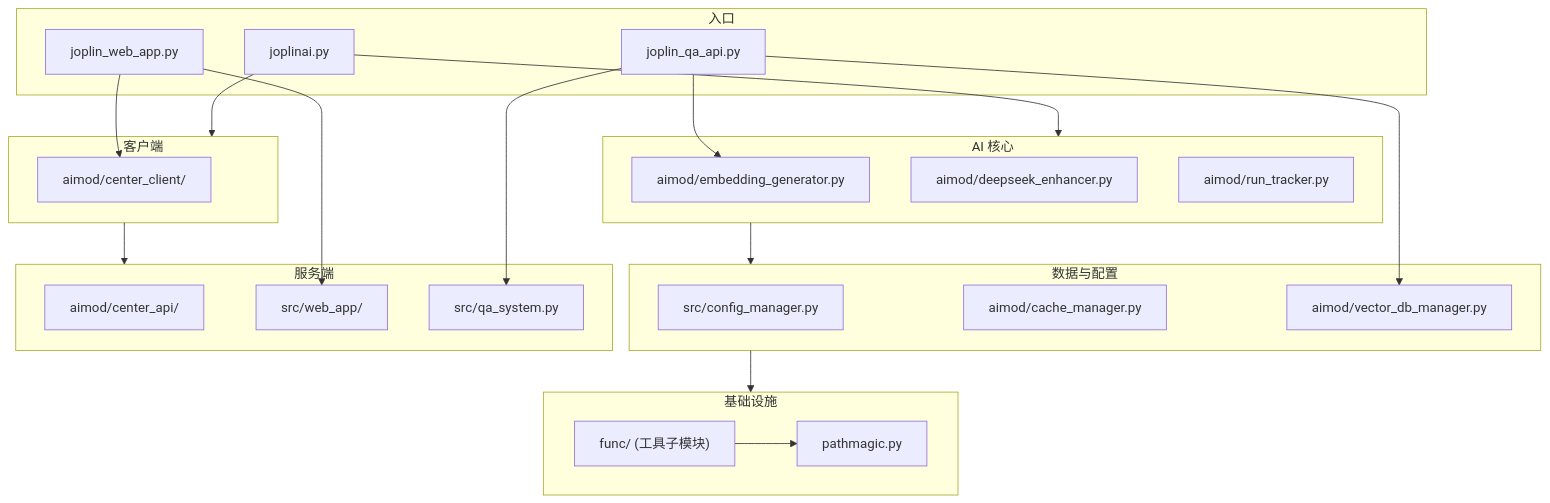
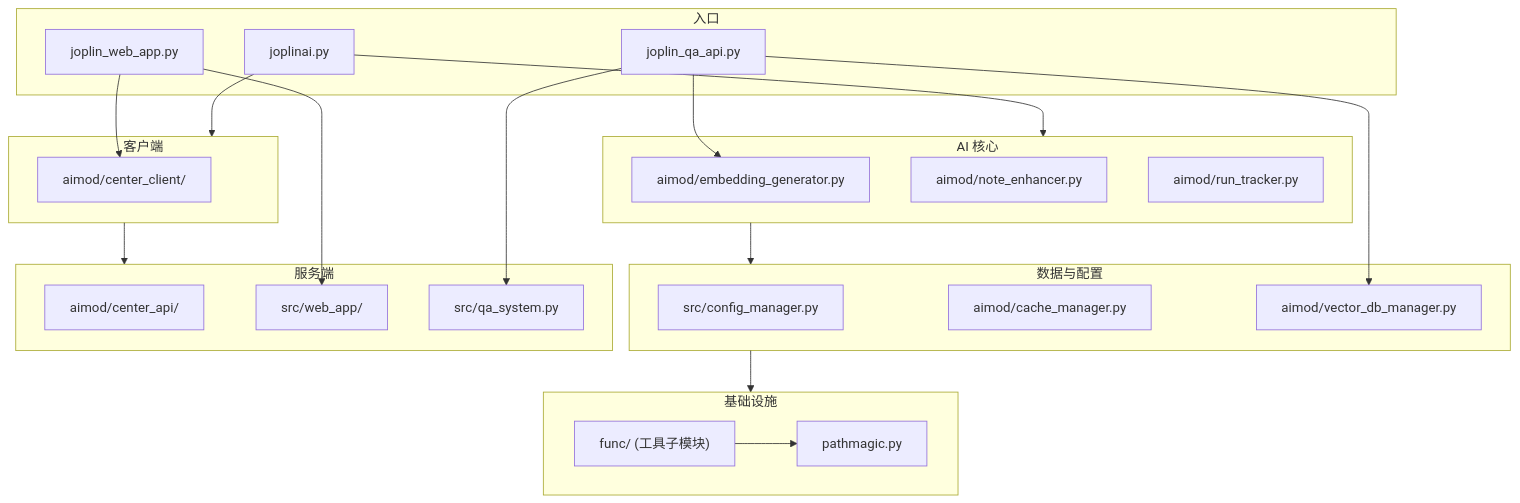
One commit to heart5/joplinai changed the tenth of 10 diagrams in docs/TECHNICAL_MANUAL.md. Above: the diagram before and after it, drawn with Mermaid. The commit also changed other lines of this file and 16 other files, not shown here.

````diff
--- a/docs/TECHNICAL_MANUAL.md
+++ b/docs/TECHNICAL_MANUAL.md
@@ -673,47 +673,47 @@
 ```mermaid
 flowchart TD
     subgraph LAYER0["基础设施"]
         F1["func/ (工具子模块)"]
         F2["pathmagic.py"]
     end
 
     subgraph LAYER1["数据与配置"]
         M1["src/config_manager.py"]
         M2["aimod/cache_manager.py"]
         M3["aimod/vector_db_manager.py"]
     end
 
     subgraph LAYER2["AI 核心"]
         M4["aimod/embedding_generator.py"]
-        M5["aimod/deepseek_enhancer.py"]
+        M5["aimod/note_enhancer.py"]
         M6["aimod/run_tracker.py"]
     end
 
     subgraph LAYER3["客户端"]
         M7["aimod/center_client/"]
     end
 
     subgraph LAYER4["服务端"]
         M8["aimod/center_api/"]
         M9["src/web_app/"]
         MA["src/qa_system.py"]
     end
 
     subgraph LAYER5["入口"]
         E1["joplinai.py"]
         E2["joplin_qa_api.py"]
         E3["joplin_web_app.py"]
     end
 
     F1 --> F2
     LAYER1 --> LAYER0
     LAYER2 --> LAYER1
     LAYER3 --> LAYER4
     E1 --> LAYER2
     E1 --> LAYER3
     E2 --> MA
     E2 --> M4
     E2 --> M3
     E3 --> M9
     E3 --> M7
 ```
````
